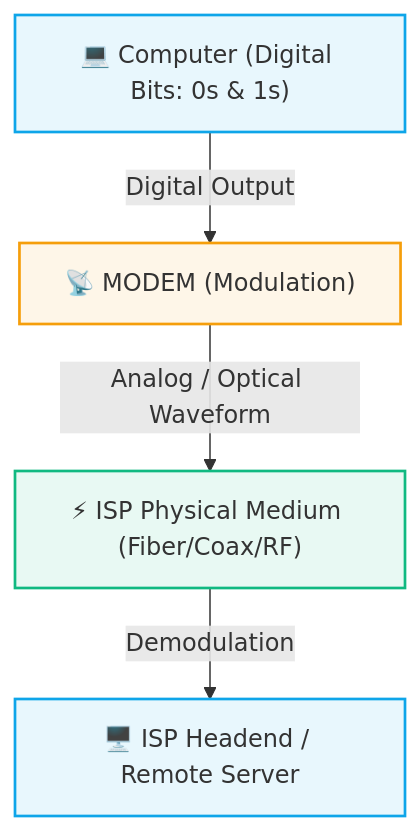
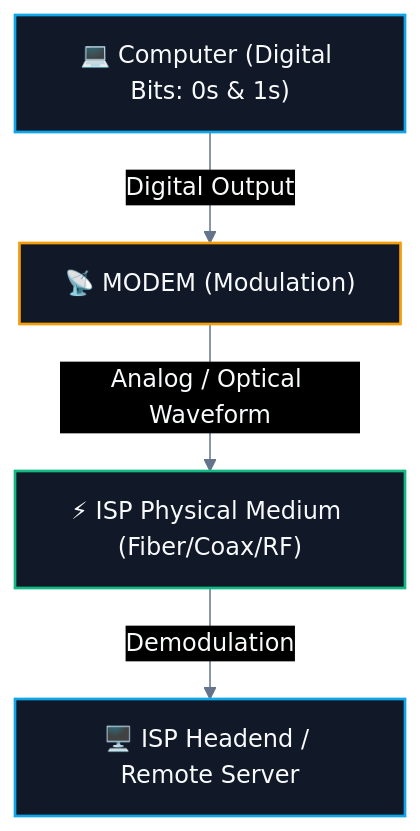
One commit to abhinavbharti2345/CS_Notes changed the fourth of 5 diagrams in CS/Computer Networking/01. Architecture & Fundamentals/05. Network Hardware - Hub, Switch, Router, Modem.md. Above: the diagram before and after it, drawn with Mermaid. The commit also changed other lines of this file and 195 other files, not shown here.

````diff
--- a/CS/Computer Networking/01. Architecture & Fundamentals/05. Network Hardware - Hub, Switch, Router, Modem.md
+++ b/CS/Computer Networking/01. Architecture & Fundamentals/05. Network Hardware - Hub, Switch, Router, Modem.md
@@ -141,14 +144,15 @@
 ```mermaid
+%%{init: {'theme': 'base', 'themeVariables': { 'darkMode': true, 'background': '#0B0F14', 'mainBkg': '#111827', 'primaryColor': '#111827', 'primaryTextColor': '#F8FAFC', 'primaryBorderColor': '#38BDF8', 'lineColor': '#64748B', 'secondaryColor': '#0B0F14', 'tertiaryColor': '#0B0F14', 'clusterBkg': '#0B0F14', 'clusterBorder': '#38BDF8' }}}%%
 flowchart TD
     PC["💻 Computer (Digital Bits: 0s & 1s)"]
     -->|"Digital Output"| Mod["📡 MODEM (Modulation)"]
     -->|"Analog / Optical Waveform"| Media["⚡ ISP Physical Medium (Fiber/Coax/RF)"]
     -->|"Demodulation"| Server["🖥️ ISP Headend / Remote Server"]
 
-    classDef dev fill:#0ea5e918,stroke:#0ea5e9,stroke-width:1.8px;
-    classDef mod fill:#f59e0b18,stroke:#f59e0b,stroke-width:1.8px;
-    classDef med fill:#10b98118,stroke:#10b981,stroke-width:1.8px;
+    classDef dev fill:#111827,stroke:#0ea5e9,stroke-width:1.8px,color:#F8FAFC;
+    classDef mod fill:#111827,stroke:#f59e0b,stroke-width:1.8px,color:#F8FAFC;
+    classDef med fill:#111827,stroke:#10b981,stroke-width:1.8px,color:#F8FAFC;
     class PC,Server dev;
     class Mod mod;
     class Media med;
 ```
````
